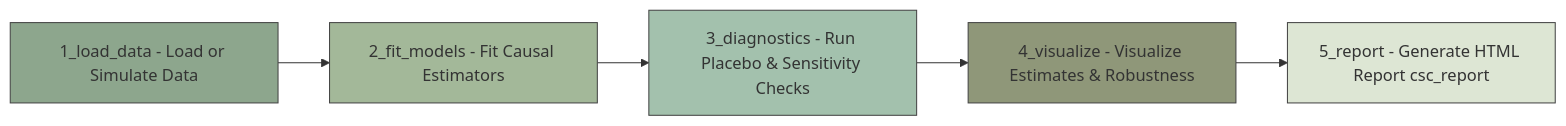
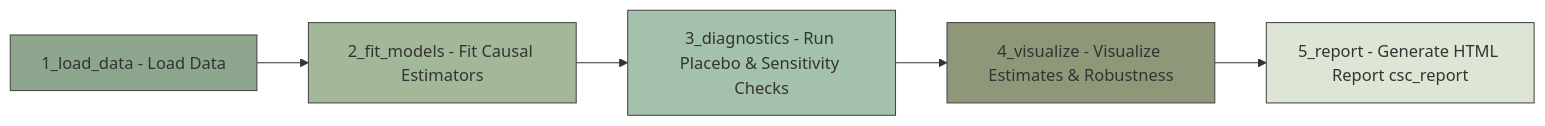
Before and after one commit to yryrena/causalSenseCheck: the diagram in README.md, drawn with Mermaid.

````diff
--- a/README.md
+++ b/README.md
@@ -14,13 +14,13 @@
 ```mermaid
 flowchart LR
-    A[1_load_data - Load or Simulate Data] --> B[2_fit_models - Fit Causal Estimators]
+    A[1_load_data - Load Data] --> B[2_fit_models - Fit Causal Estimators]
     B --> C[3_diagnostics - Run Placebo & Sensitivity Checks]
     C --> D[4_visualize - Visualize Estimates & Robustness]
     D --> E[5_report - Generate HTML Report csc_report]
 
     style A fill:#8da68d,stroke:#444,stroke-width:1px
     style B fill:#a3b899,stroke:#444,stroke-width:1px
     style C fill:#a3c1ad,stroke:#444,stroke-width:1px
     style D fill:#8f9779,stroke:#444,stroke-width:1px
     style E fill:#dde6d4,stroke:#444,stroke-width:1px
 ```
````
